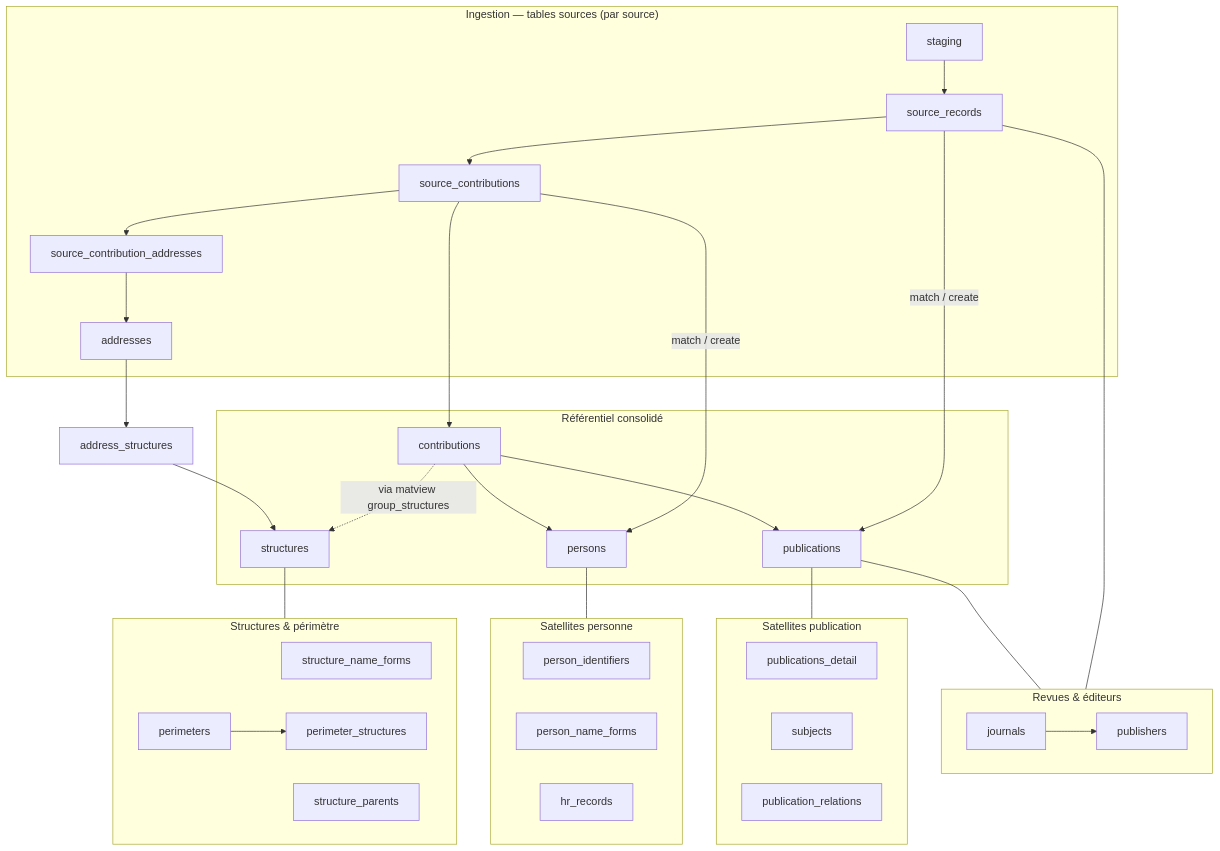
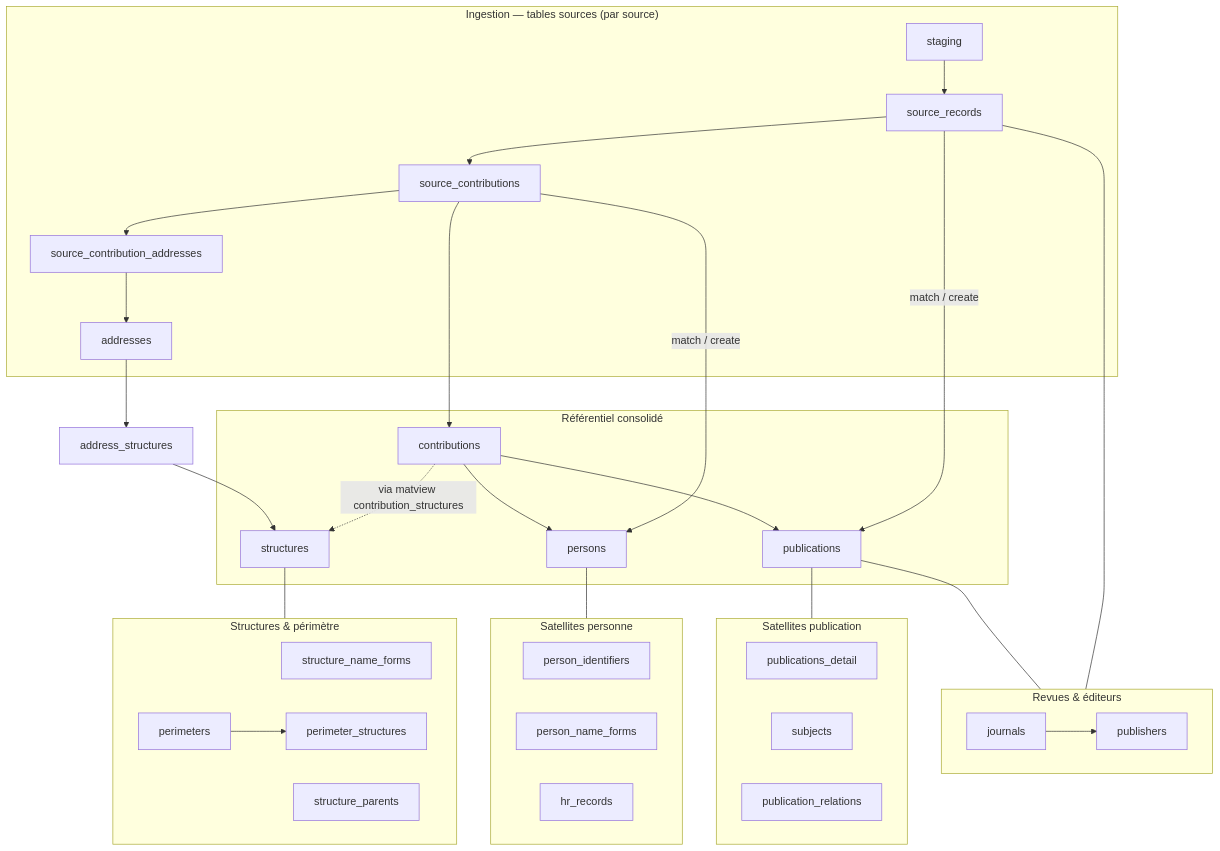
The diagram in docs/donnees/09-index-des-tables.md (Y33sha/bibliometrie-uca), drawn with Mermaid before and after one commit. The commit also changed other lines of this file and 83 other files, not shown here.

````diff
--- a/docs/donnees/09-index-des-tables.md
+++ b/docs/donnees/09-index-des-tables.md
@@ -9,48 +9,48 @@
 ```mermaid
 flowchart TB
     subgraph ingestion["Ingestion — tables sources (par source)"]
         staging --> source_records --> source_contributions
         source_contributions --> source_contribution_addresses --> addresses
     end
 
     subgraph publishing["Revues & éditeurs"]
         journals --> publishers
     end
 
     subgraph canon["Référentiel consolidé"]
         publications
         contributions
         structures
         persons
     end
 
     source_records -->|match / create| publications
     source_contributions -->|match / create| persons
     source_contributions --> contributions
     contributions --> publications
     contributions --> persons
-    contributions -.->|via matview group_structures| structures
+    contributions -.->|via matview contribution_structures| structures
     addresses --> address_structures --> structures
     source_records --- publishing
     publications --- publishing
 
     subgraph satP["Satellites publication"]
         publications_detail
         subjects
         publication_relations
     end
     subgraph satS["Structures & périmètre"]
         structure_name_forms
         structure_parents
         perimeters --> perimeter_structures
     end
     subgraph satN["Satellites personne"]
         person_identifiers
         person_name_forms
         hr_records
     end
 
     publications --- satP
     structures --- satS
     persons --- satN
 ```
````
